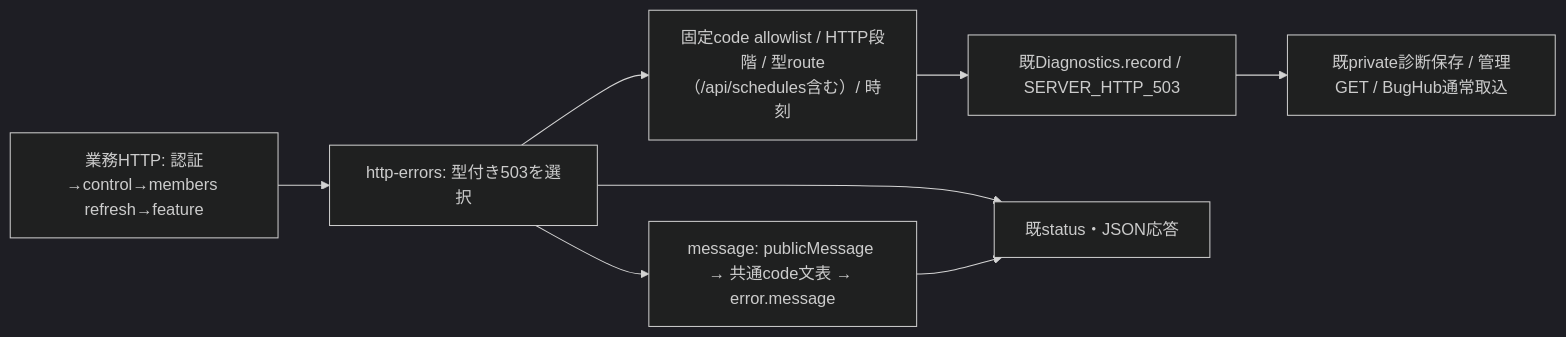
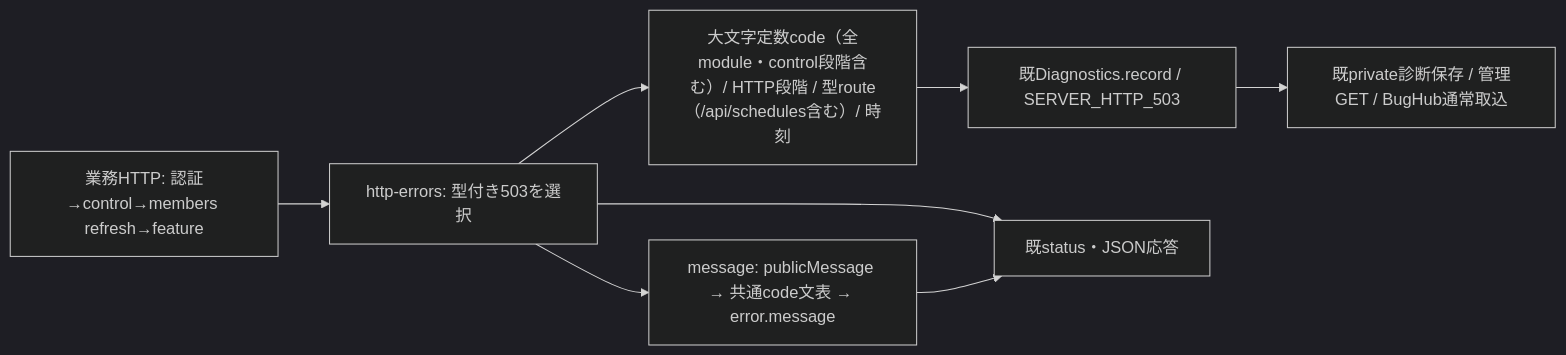
One commit to kitepon/BellTeam changed the fifth of 42 diagrams in docs/architecture/modules/integration/README.md. Above: the diagram before and after it, drawn with Mermaid (dark theme). The commit also changed other lines of this file and 2 other files, not shown here.

Commit message:
Record typed 503 codes from every HTTP stage in SERVER_HTTP_503 diagnostics
Control-stage 503s (updates, setup, auth, usage module, web/notification release)
and other module IPC codes were collapsed to error_code=unknown and route
/api/other, so BugHub ef83d4ee could not name the failing contact. Record any
product constant code; non-constant codes stay unknown.

````diff
--- a/docs/architecture/modules/integration/README.md
+++ b/docs/architecture/modules/integration/README.md
@@ -134,9 +134,9 @@
 ```mermaid
 flowchart LR
   HTTP["業務HTTP: 認証→control→members refresh→feature"] --> Error["http-errors: 型付き503を選択"]
-  Error --> Safe["固定code allowlist / HTTP段階 / 型route（/api/schedules含む）/ 時刻"]
+  Error --> Safe["大文字定数code（全module・control段階含む）/ HTTP段階 / 型route（/api/schedules含む）/ 時刻"]
   Safe --> Writer["既Diagnostics.record / SERVER_HTTP_503"]
   Writer --> Saved["既private診断保存 / 管理GET / BugHub通常取込"]
   Error --> Response["既status・JSON応答"]
   Error --> Text["message: publicMessage → 共通code文表 → error.message"] --> Response
 ```
````
